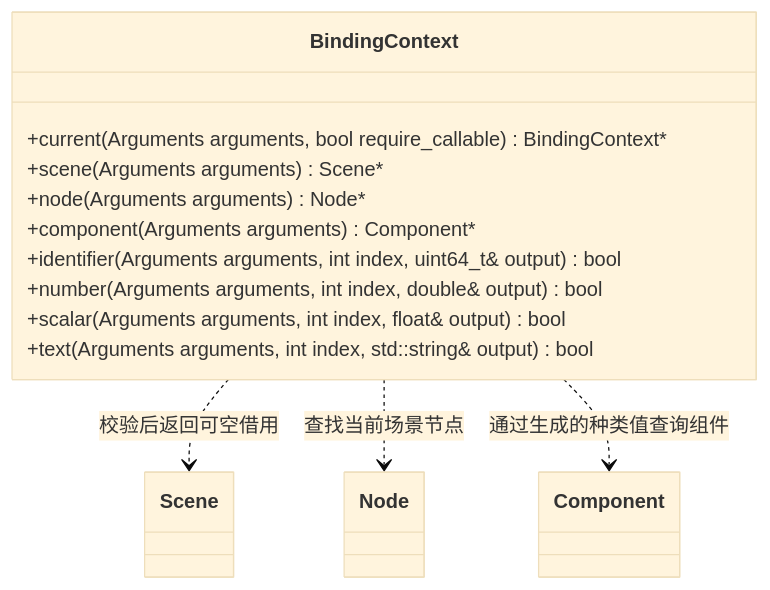
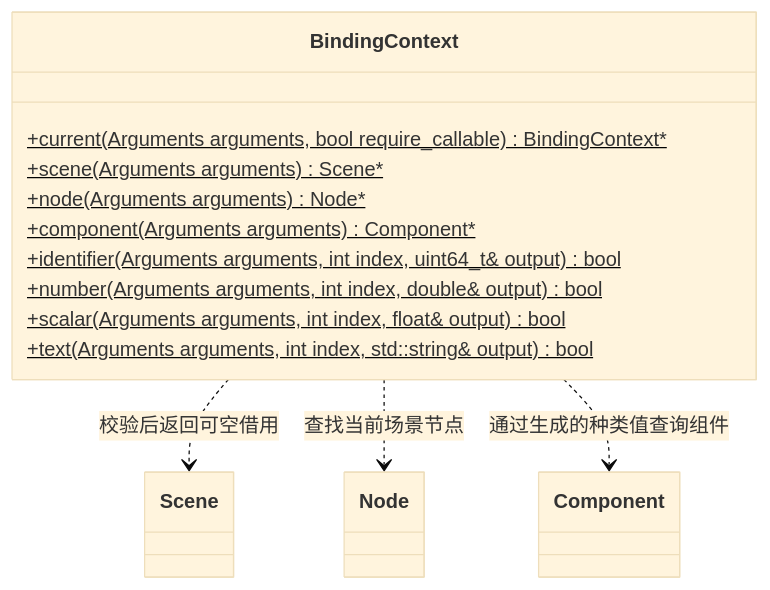
The second of 4 diagrams in docs/runtime/class-diagrams/script-bindings.md (lcals/Engine), drawn with Mermaid (base theme) before and after one commit. The commit also changed other lines of this file and 143 other files, not shown here.

````diff
--- a/docs/runtime/class-diagrams/script-bindings.md
+++ b/docs/runtime/class-diagrams/script-bindings.md
@@ -49,20 +51,20 @@
 ```mermaid
 classDiagram
     direction TB
     class BindingContext {
-        +current(Arguments arguments, bool require_callable) BindingContext#42;
-        +scene(Arguments arguments) Scene#42;
-        +node(Arguments arguments) Node#42;
-        +component(Arguments arguments) Component#42;
-        +identifier(Arguments arguments, int index, uint64_t& output) bool
-        +number(Arguments arguments, int index, double& output) bool
-        +scalar(Arguments arguments, int index, float& output) bool
-        +text(Arguments arguments, int index, std::string& output) bool
+        +current(Arguments arguments, bool require_callable) BindingContext#42;$
+        +scene(Arguments arguments) Scene#42;$
+        +node(Arguments arguments) Node#42;$
+        +component(Arguments arguments) Component#42;$
+        +identifier(Arguments arguments, int index, uint64_t& output) bool$
+        +number(Arguments arguments, int index, double& output) bool$
+        +scalar(Arguments arguments, int index, float& output) bool$
+        +text(Arguments arguments, int index, std::string& output) bool$
     }
     class Scene
     class Node
     class Component
     BindingContext ..> Scene : 校验后返回可空借用
     BindingContext ..> Node : 查找当前场景节点
     BindingContext ..> Component : 通过生成的种类值查询组件
 ```
````
